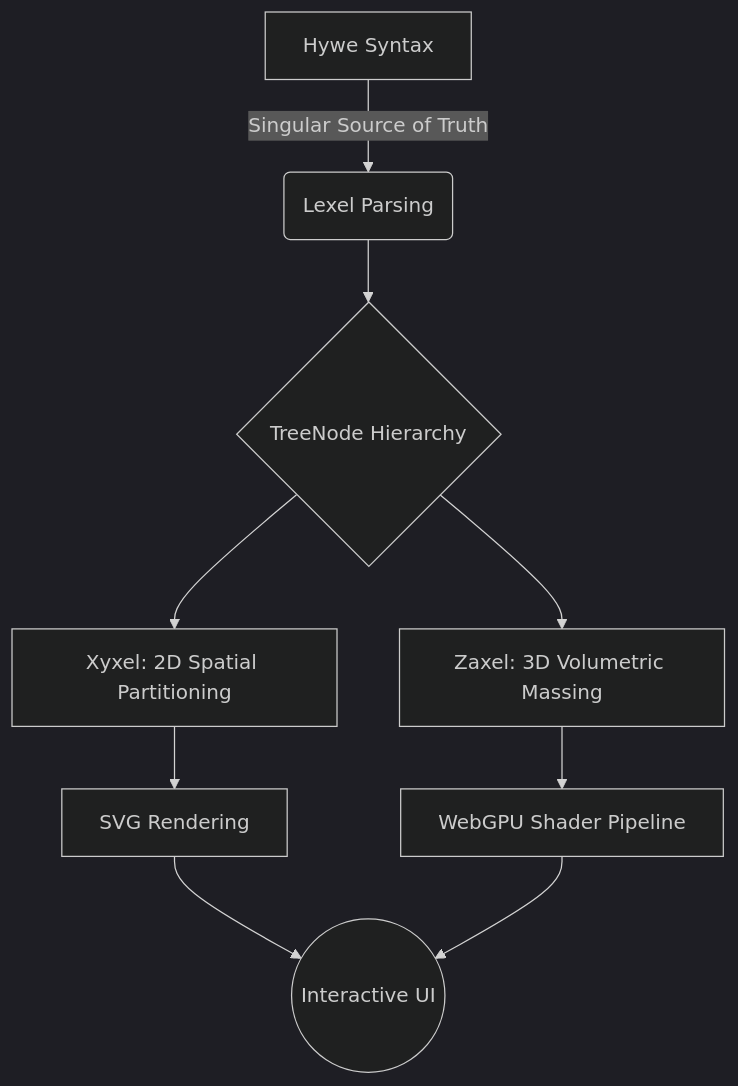
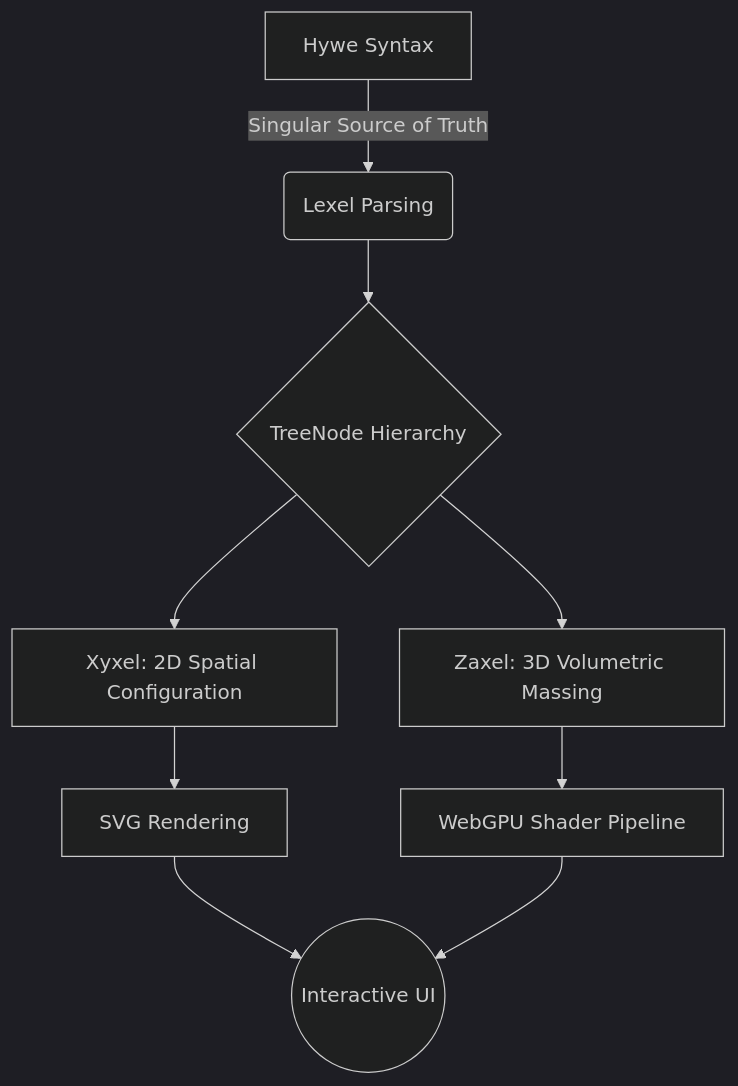
Before and after one commit to vykrum/Hywe: the diagram in README.md, drawn with Mermaid (dark theme).

Commit message:
Update diagram label

````diff
--- a/README.md
+++ b/README.md
@@ -83,10 +83,10 @@
 ```mermaid
 graph TD
     A[Hywe Syntax] -- "Singular Source of Truth" --> B(Lexel Parsing)
     B --> C{TreeNode Hierarchy}
-    C --> D[Xyxel: 2D Spatial Partitioning]
+    C --> D[Xyxel: 2D Spatial Configuration]
     C --> E[Zaxel: 3D Volumetric Massing]
     D --> F[SVG Rendering]
     E --> G[WebGPU Shader Pipeline]
     F & G --> H((Interactive UI))
 ```
````
